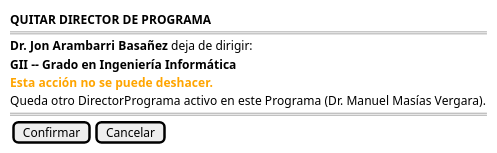
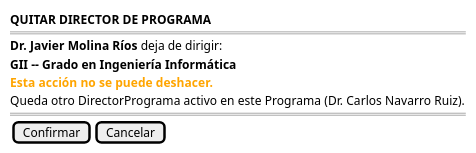
Before and after one commit to mmasias/pyCeldaPublico: the second of 3 diagrams in RUP/01-requisitos/03-detalle-casos-uso/quitarDirectorPrograma/wireframes.puml, drawn with PlantUML. The commit also changed other lines of this file and 49 other files, not shown here.

```diff
--- a/RUP/01-requisitos/03-detalle-casos-uso/quitarDirectorPrograma/wireframes.puml
+++ b/RUP/01-requisitos/03-detalle-casos-uso/quitarDirectorPrograma/wireframes.puml
@@ -17,14 +17,14 @@
 @startsalt quitarDirectorPrograma-wireframe-confirmacion
 {
     <b>QUITAR DIRECTOR DE PROGRAMA</b>
     ====
-    <b>Dr. Jon Arambarri Basañez</b> deja de dirigir:
+    <b>Dr. Javier Molina Ríos</b> deja de dirigir:
 
     <b>GII -- Grado en Ingeniería Informática</b>
 
     <color:orange><b>Esta acción no se puede deshacer.</b></color>
-    Queda otro DirectorPrograma activo en este Programa (Dr. Manuel Masías Vergara).
+    Queda otro DirectorPrograma activo en este Programa (Dr. Carlos Navarro Ruiz).
     ====
     {[Confirmar] | [Cancelar]}
 }
 @endsalt
```
